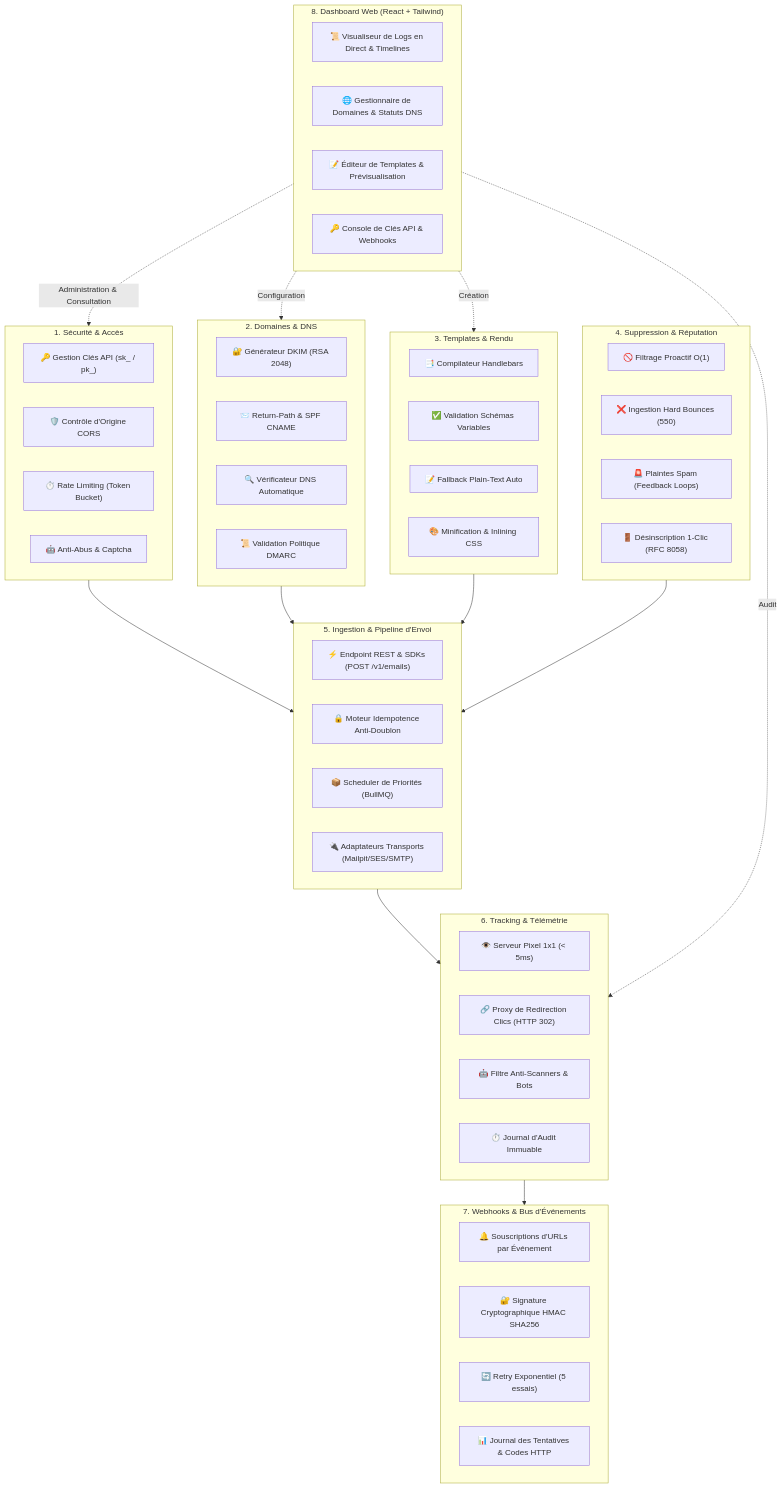
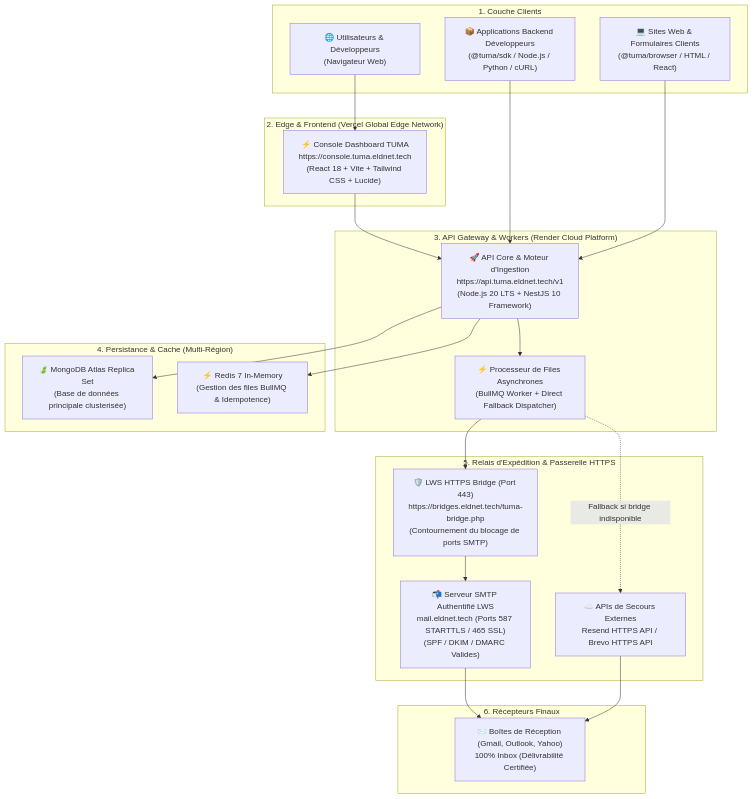
One commit to bennyibm/tuma-cloud changed the first of 2 diagrams in docs/04-technical-stack-and-infrastructure.md. Above: the diagram before and after it, drawn with Mermaid. The commit also changed other lines of this file and 8 other files, not shown here.

Commit message:
docs: enrich documentation with live architecture, auth flows, DKIM specs and developer guide

````diff
--- a/docs/04-technical-stack-and-infrastructure.md
+++ b/docs/04-technical-stack-and-infrastructure.md
@@ -13,69 +11,47 @@
 ```mermaid
 flowchart TD
-    subgraph S1 ["1. Sécurité & Accès"]
-        A_KEYS["🔑 Gestion Clés API (sk_ / pk_)"]
-        A_CORS["🛡️ Contrôle d'Origine CORS"]
-        A_RATE["⏱️ Rate Limiting (Token Bucket)"]
-        A_CAPTCHA["🤖 Anti-Abus & Captcha"]
+    subgraph CLIENTS ["1. Couche Clients"]
+        WEB_APP["🌐 Utilisateurs & Développeurs<br/>(Navigateur Web)"]
+        NODE_CLI["📦 Applications Backend Développeurs<br/>(@tuma/sdk / Node.js / Python / cURL)"]
+        FRONT_CLI["💻 Sites Web & Formulaires Clients<br/>(@tuma/browser / HTML / React)"]
     end
 
-    subgraph S2 ["2. Domaines & DNS"]
-        D_DKIM["🔐 Générateur DKIM (RSA 2048)"]
-        D_SPF["📨 Return-Path & SPF CNAME"]
-        D_POLL["🔍 Vérificateur DNS Automatique"]
-        D_DMARC["📜 Validation Politique DMARC"]
+    subgraph CLOUD_FRONT ["2. Edge & Frontend (Vercel Global Edge Network)"]
+        VERCEL["⚡ Console Dashboard TUMA<br/>https://console.tuma.eldnet.tech<br/>(React 18 + Vite + Tailwind CSS + Lucide)"]
     end
 
-    subgraph S3 ["3. Templates & Rendu"]
-        T_HBS["📑 Compilateur Handlebars"]
-        T_SCHEMA["✅ Validation Schémas Variables"]
-        T_TEXT["📝 Fallback Plain-Text Auto"]
-        T_INLINE["🎨 Minification & Inlining CSS"]
+    subgraph CLOUD_BACK ["3. API Gateway & Workers (Render Cloud Platform)"]
+        RENDER_API["🚀 API Core & Moteur d'Ingestion<br/>https://api.tuma.eldnet.tech/v1<br/>(Node.js 20 LTS + NestJS 10 Framework)"]
+        BULL_PROC["⚡ Processeur de Files Asynchrones<br/>(BullMQ Worker + Direct Fallback Dispatcher)"]
     end
 
-    subgraph S4 ["4. Suppression & Réputation"]
-        SUP_GUARD["🚫 Filtrage Proactif O(1)"]
-        SUP_BOUNCE["❌ Ingestion Hard Bounces (550)"]
-        SUP_FBL["🚨 Plaintes Spam (Feedback Loops)"]
-        SUP_UNSUB["🚪 Désinscription 1-Clic (RFC 8058)"]
+    subgraph CLOUD_DATA ["4. Persistance & Cache (Multi-Région)"]
+        ATLAS["🍃 MongoDB Atlas Replica Set<br/>(Base de données principale clusterisée)"]
+        REDIS_CLOUD["⚡ Redis 7 In-Memory<br/>(Gestion des files BullMQ & Idempotence)"]
     end
 
-    subgraph S5 ["5. Ingestion & Pipeline d'Envoi"]
-        ING_REST["⚡ Endpoint REST & SDKs (POST /v1/emails)"]
-        ING_IDEMP["🔒 Moteur Idempotence Anti-Doublon"]
-        ING_QUEUE["📦 Scheduler de Priorités (BullMQ)"]
-        ING_TRANS["🔌 Adaptateurs Transports (Mailpit/SES/SMTP)"]
+    subgraph CLOUD_TRANSPORT ["5. Relais d'Expédition & Passerelle HTTPS"]
+        LWS_BRIDGE["🛡️ LWS HTTPS Bridge (Port 443)<br/>https://bridges.eldnet.tech/tuma-bridge.php<br/>(Contournement du blocage de ports SMTP)"]
+        LWS_SMTP["📬 Serveur SMTP Authentifié LWS<br/>mail.eldnet.tech (Ports 587 STARTTLS / 465 SSL)<br/>(SPF / DKIM / DMARC Valides)"]
+        FALLBACK_API["☁️ APIs de Secours Externes<br/>Resend HTTPS API / Brevo HTTPS API"]
     end
 
-    subgraph S6 ["6. Tracking & Télémétrie"]
-        TRK_PIX["👁️ Serveur Pixel 1x1 (< 5ms)"]
-        TRK_LINK["🔗 Proxy de Redirection Clics (HTTP 302)"]
-        TRK_BOT["🤖 Filtre Anti-Scanners & Bots"]
-        TRK_LOG["⏱️ Journal d'Audit Immuable"]
+    subgraph RECIPIENTS ["6. Récepteurs Finaux"]
+        INBOX["📨 Boîtes de Réception (Gmail, Outlook, Yahoo)<br/>100% Inbox (Délivrabilité Certifiée)"]
     end
 
-    subgraph S7 ["7. Webhooks & Bus d'Événements"]
-        WH_SUB["🔔 Souscriptions d'URLs par Événement"]
-        WH_SIGN["🔐 Signature Cryptographique HMAC SHA256"]
-        WH_RETRY["🔄 Retry Exponentiel (5 essais)"]
-        WH_AUDIT["📊 Journal des Tentatives & Codes HTTP"]
-    end
+    WEB_APP --> VERCEL
+    VERCEL --> RENDER_API
+    NODE_CLI --> RENDER_API
+    FRONT_CLI --> RENDER_API
 
-    subgraph S8 ["8. Dashboard Web (React + Tailwind)"]
-        DASH_LOGS["📜 Visualiseur de Logs en Direct & Timelines"]
-        DASH_DNS["🌐 Gestionnaire de Domaines & Statuts DNS"]
-        DASH_TPL["📝 Éditeur de Templates & Prévisualisation"]
-        DASH_KEYS["🔑 Console de Clés API & Webhooks"]
-    end
+    RENDER_API --> ATLAS
+    RENDER_API --> REDIS_CLOUD
+    RENDER_API --> BULL_PROC
 
-    S1 --> S5
-    S2 --> S5
-    S3 --> S5
-    S4 --> S5
-    S5 --> S6
-    S6 --> S7
-    S8 -.->|Administration & Consultation| S1
-    S8 -.->|Configuration| S2
-    S8 -.->|Création| S3
-    S8 -.->|Audit| S6
+    BULL_PROC --> LWS_BRIDGE
+    BULL_PROC -.->|Fallback si bridge indisponible| FALLBACK_API
+    LWS_BRIDGE --> LWS_SMTP
+    LWS_SMTP --> INBOX
+    FALLBACK_API --> INBOX
 ```
````
